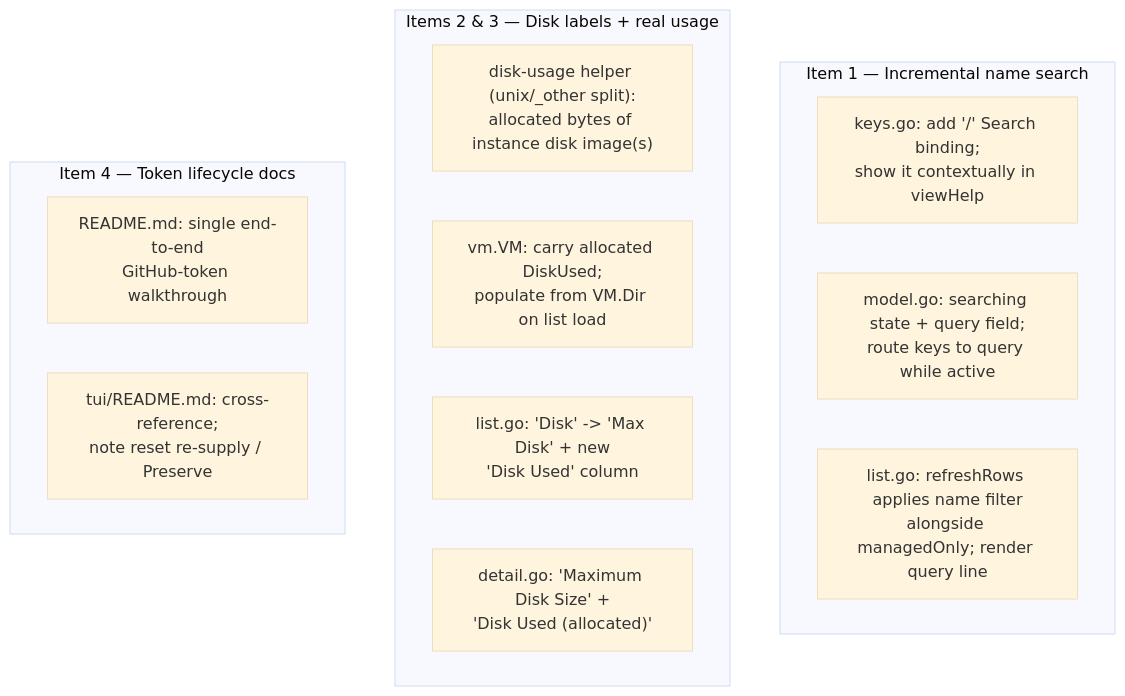
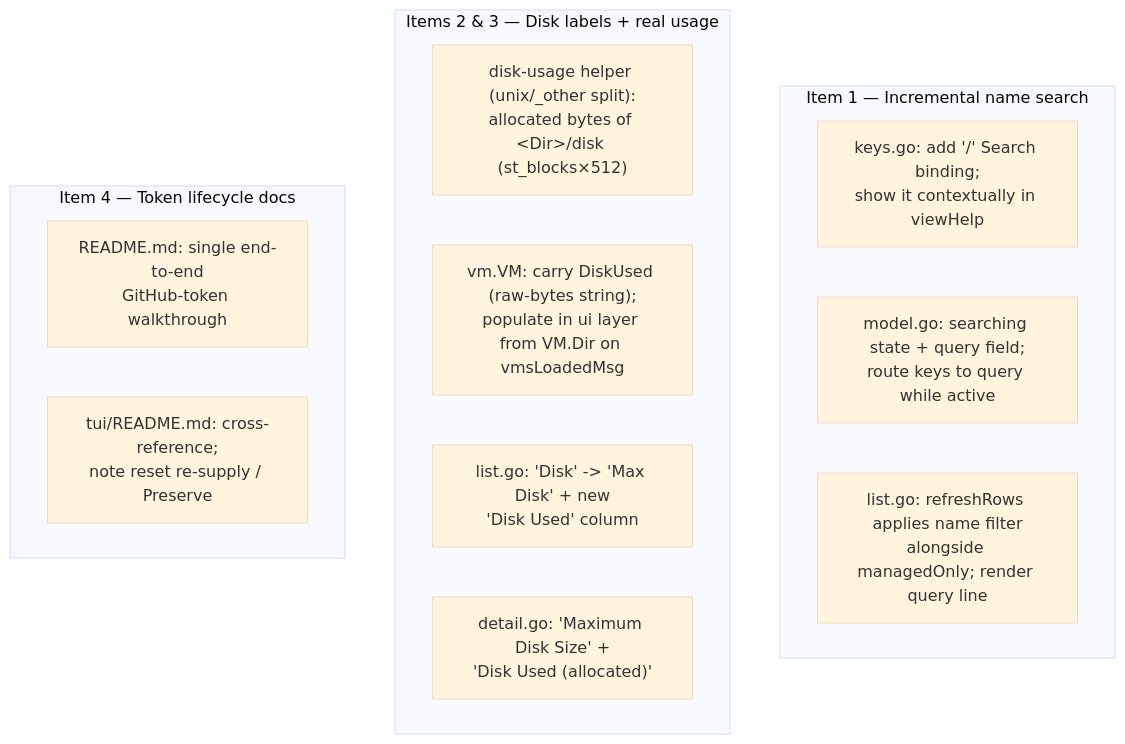
Before and after one commit to Lullabot/sandbar: the diagram in .ai/task-manager/plans/05--tui-search-disk-and-token-docs/plan-05--tui-search-disk-and-token-docs.md, drawn with Mermaid (base theme). The commit also changed other lines of this file and 3 other files, not shown here.

````diff
--- a/.ai/task-manager/plans/05--tui-search-disk-and-token-docs/plan-05--tui-search-disk-and-token-docs.md
+++ b/.ai/task-manager/plans/05--tui-search-disk-and-token-docs/plan-05--tui-search-disk-and-token-docs.md
@@ -70,18 +73,18 @@
 ```mermaid
 flowchart TD
     subgraph S1["Item 1 — Incremental name search"]
         A1["keys.go: add '/' Search binding;<br/>show it contextually in viewHelp"]
         A2["model.go: searching state + query field;<br/>route keys to query while active"]
         A3["list.go: refreshRows applies name filter<br/>alongside managedOnly; render query line"]
     end
     subgraph S2["Items 2 & 3 — Disk labels + real usage"]
-        B1["disk-usage helper (unix/_other split):<br/>allocated bytes of instance disk image(s)"]
-        B2["vm.VM: carry allocated DiskUsed;<br/>populate from VM.Dir on list load"]
+        B1["disk-usage helper (unix/_other split):<br/>allocated bytes of &lt;Dir&gt;/disk (st_blocks×512)"]
+        B2["vm.VM: carry DiskUsed (raw-bytes string);<br/>populate in ui layer from VM.Dir on vmsLoadedMsg"]
         B3["list.go: 'Disk' -> 'Max Disk' + new<br/>'Disk Used' column"]
         B4["detail.go: 'Maximum Disk Size' +<br/>'Disk Used (allocated)'"]
     end
     subgraph S3["Item 4 — Token lifecycle docs"]
         C1["README.md: single end-to-end<br/>GitHub-token walkthrough"]
         C2["tui/README.md: cross-reference;<br/>note reset re-supply / Preserve"]
     end
 ```
````
